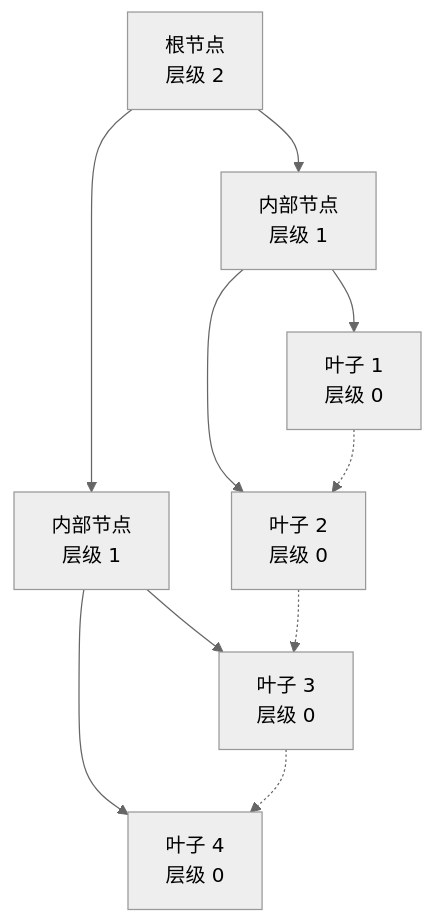
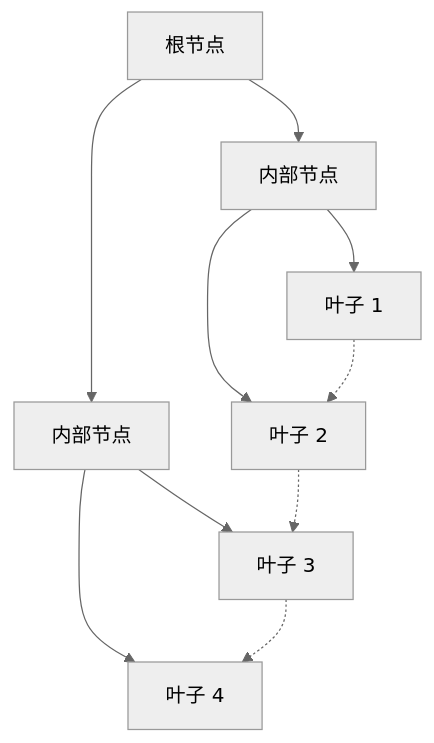
Before and after one commit to nexepic/zyx: the second of 7 diagrams in docs/zh/algorithms/btree-indexing.md, drawn with Mermaid (neutral theme). The commit also changed other lines of this file and 21 other files, not shown here.

First line of the commit message:
fix: resolve Mermaid diagram display issues in VitePress

````diff
--- a/docs/zh/algorithms/btree-indexing.md
+++ b/docs/zh/algorithms/btree-indexing.md
@@ -52,13 +52,13 @@
 ```mermaid
 graph TD
-    A[根节点<br/>层级 2] --> B[内部节点<br/>层级 1]
-    A --> C[内部节点<br/>层级 1]
-    B --> D[叶子 1<br/>层级 0]
-    B --> E[叶子 2<br/>层级 0]
-    C --> F[叶子 3<br/>层级 0]
-    C --> G[叶子 4<br/>层级 0]
+    A[根节点] --> B[内部节点]
+    A --> C[内部节点]
+    B --> D[叶子 1]
+    B --> E[叶子 2]
+    C --> F[叶子 3]
+    C --> G[叶子 4]
 
     D -.-> E
     E -.-> F
     F -.-> G
 ```
````
